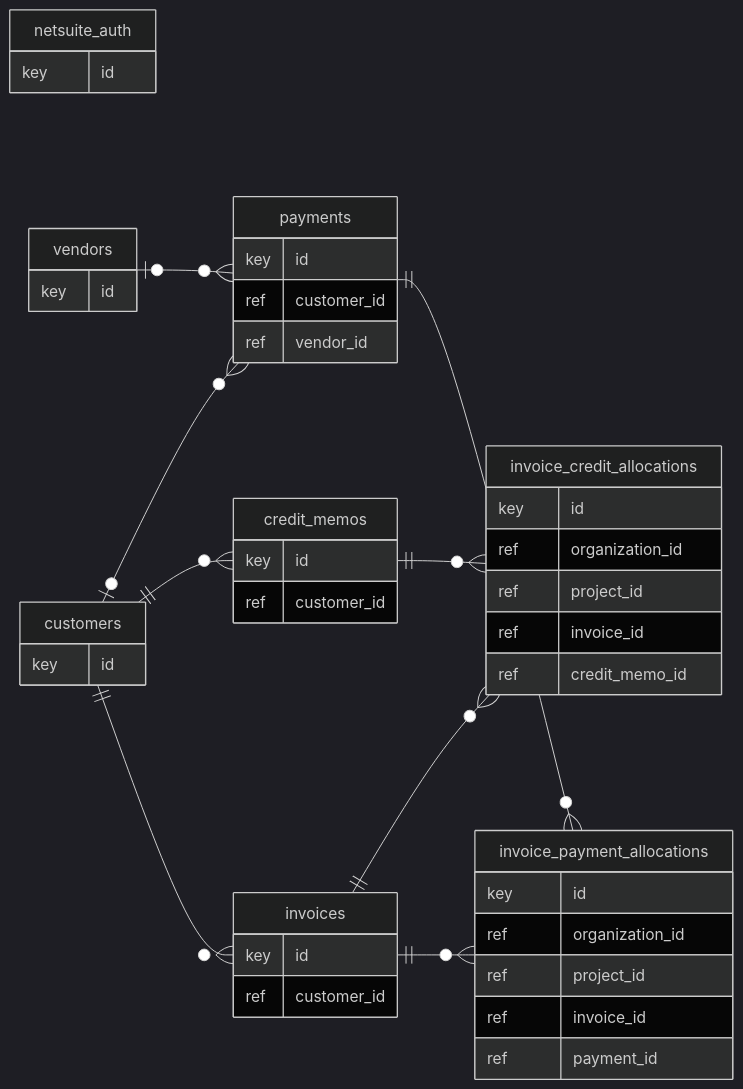
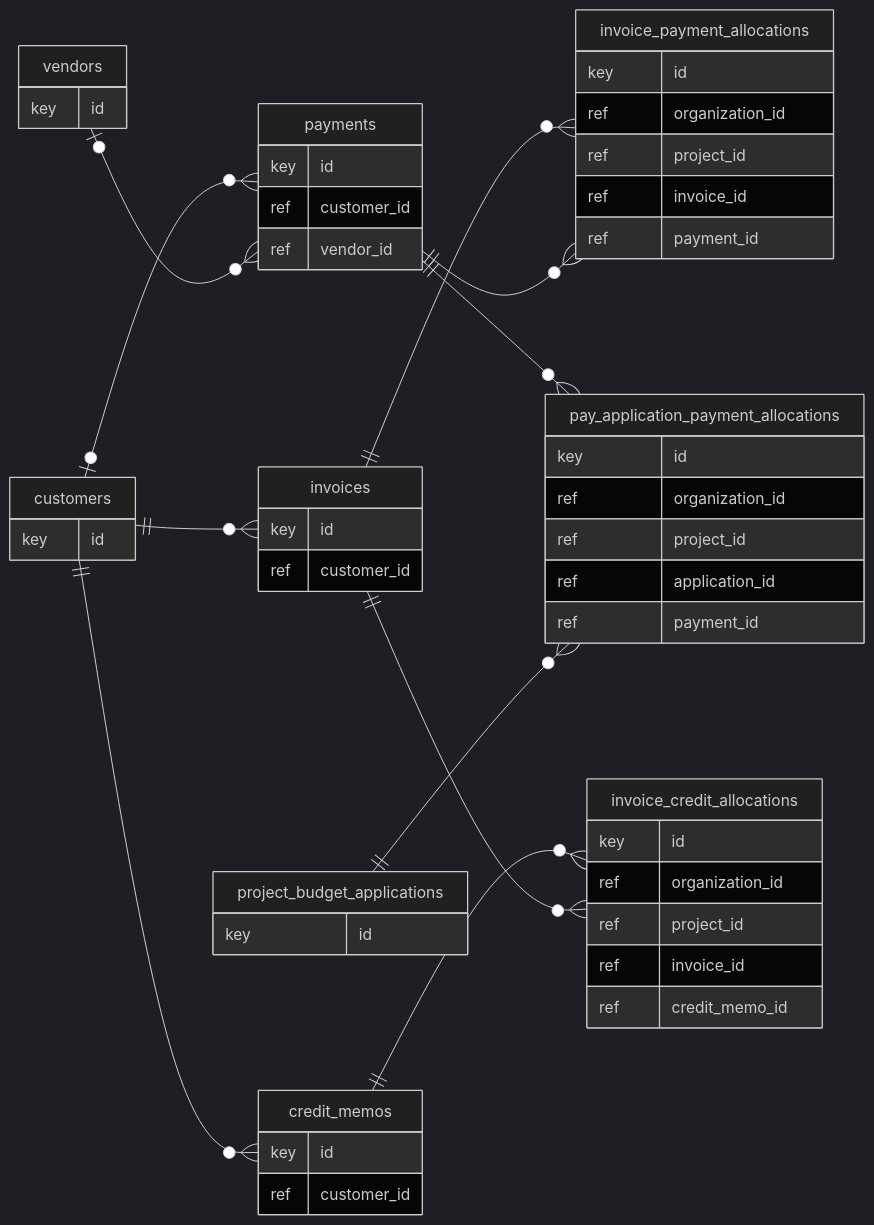
The diagram in docs/manual/diagrams/er-financials-1.mmd (High-Performance-Structures/compass), drawn with Mermaid (dark theme) before and after one commit. The commit also changed 27 other files, not shown here.

```diff
--- a/docs/manual/diagrams/er-financials-1.mmd
+++ b/docs/manual/diagrams/er-financials-1.mmd
@@ -1,46 +1,55 @@
 erDiagram
   direction LR
   credit_memos {
     key id
     ref customer_id
   }
   invoice_credit_allocations {
     key id
     ref organization_id
     ref project_id
     ref invoice_id
     ref credit_memo_id
   }
   invoice_payment_allocations {
     key id
     ref organization_id
     ref project_id
     ref invoice_id
     ref payment_id
   }
   invoices {
     key id
     ref customer_id
   }
+  pay_application_payment_allocations {
+    key id
+    ref organization_id
+    ref project_id
+    ref application_id
+    ref payment_id
+  }
   payments {
     key id
     ref customer_id
     ref vendor_id
   }
-  netsuite_auth {
+  customers {
     key id
   }
-  customers {
+  project_budget_applications {
     key id
   }
   vendors {
     key id
   }
   credit_memos ||--o{ invoice_credit_allocations : ""
   customers |o--o{ payments : ""
   customers ||--o{ credit_memos : ""
   customers ||--o{ invoices : ""
   invoices ||--o{ invoice_credit_allocations : ""
   invoices ||--o{ invoice_payment_allocations : ""
   payments ||--o{ invoice_payment_allocations : ""
+  payments ||--o{ pay_application_payment_allocations : ""
+  project_budget_applications ||--o{ pay_application_payment_allocations : ""
   vendors |o--o{ payments : ""
```
